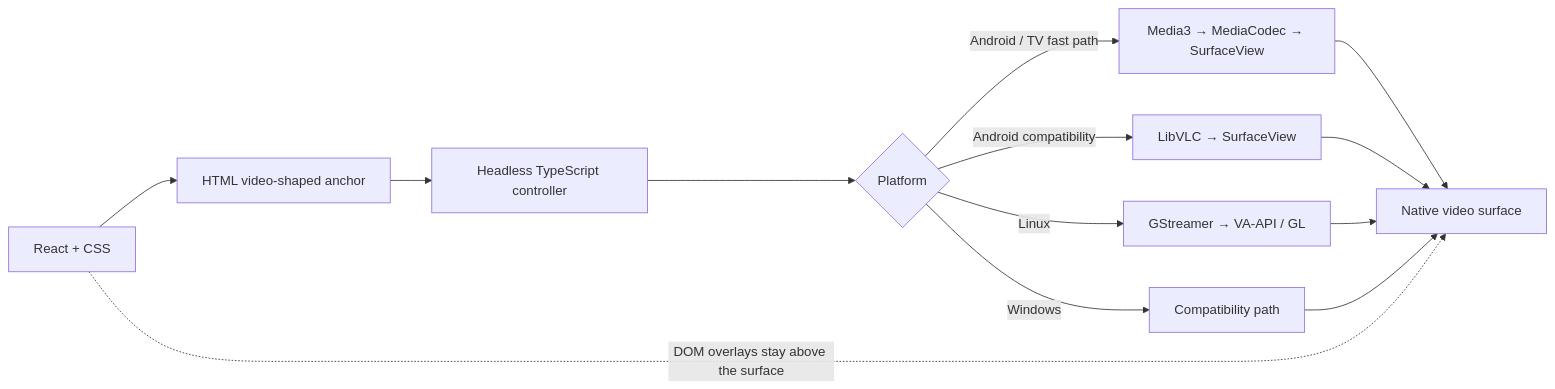
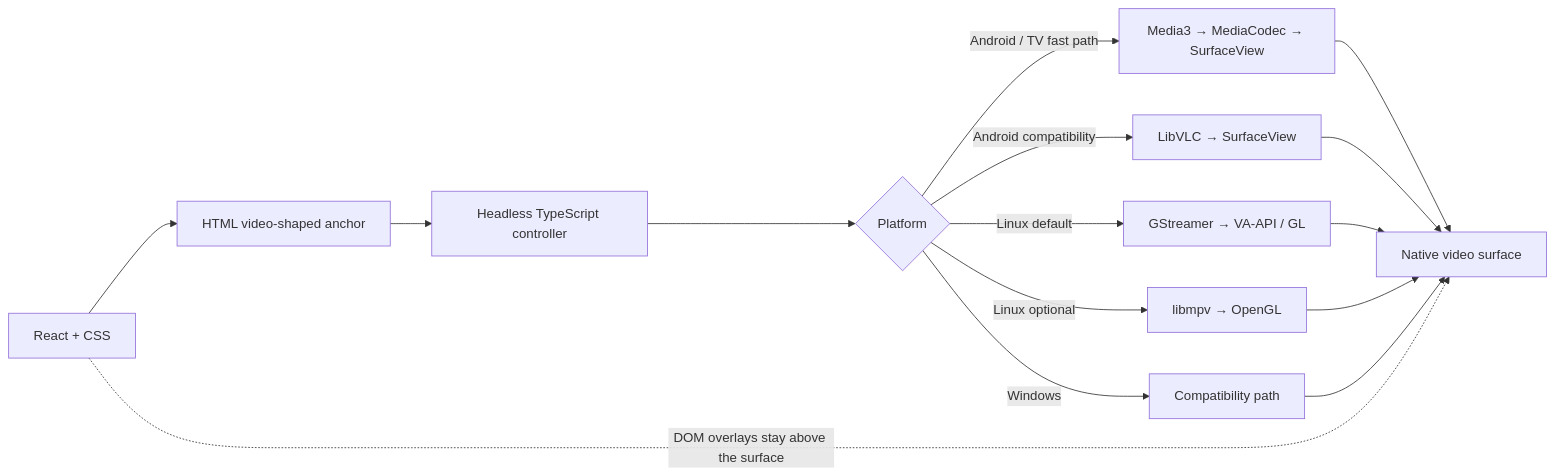
Before and after one commit to get-air/tauri-video-plugin: the diagram in README.md, drawn with Mermaid. The commit also changed other lines of this file and 19 other files, not shown here.

````diff
--- a/README.md
+++ b/README.md
@@ -30,15 +30,17 @@
 ```mermaid
 flowchart LR
   A["React + CSS"] --> B["HTML video-shaped anchor"]
   B --> C["Headless TypeScript controller"]
   C --> D{"Platform"}
   D -->|Android / TV fast path| E["Media3 → MediaCodec → SurfaceView"]
   D -->|Android compatibility| I["LibVLC → SurfaceView"]
-  D -->|Linux| F["GStreamer → VA-API / GL"]
+  D -->|Linux default| F["GStreamer → VA-API / GL"]
+  D -->|Linux optional| J["libmpv → OpenGL"]
   D -->|Windows| G["Compatibility path"]
   E --> H["Native video surface"]
   I --> H
   F --> H
+  J --> H
   G --> H
   A -. "DOM overlays stay above the surface" .-> H
 ```
````
